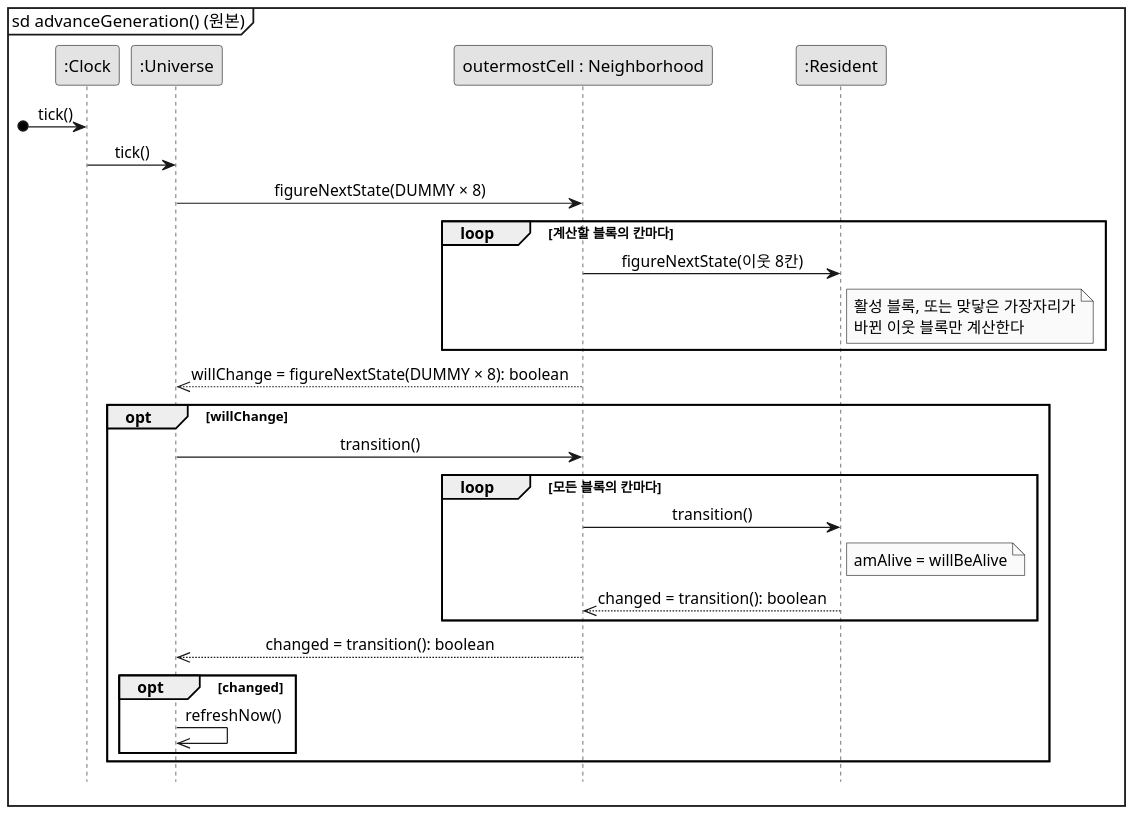
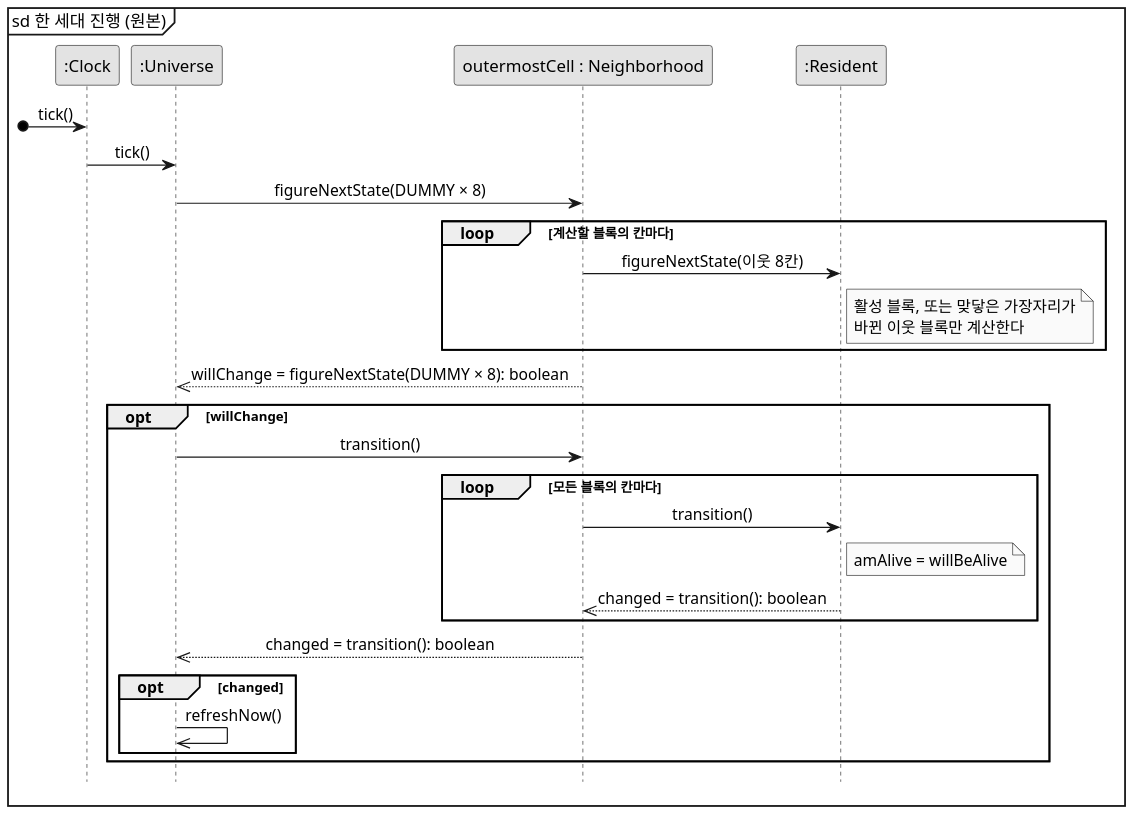
The diagram in docs/color-gen/diagrams/sd-tick-before.puml (mckimR1972/DP_team_project), drawn with PlantUML before and after one commit. The commit also changed 8 other files, not shown here.

Commit message:
docs: 시스템 연산을 stepOneGeneration()으로 바꾸고 Step One Generation SSD를 더하며 연산 계약 CO3와 한 세대 진행 시퀀스 다이어그램, 1.2·3.2·3.3.1절 설명을 코드에 맞춤

```diff
--- a/docs/color-gen/diagrams/sd-tick-before.puml
+++ b/docs/color-gen/diagrams/sd-tick-before.puml
@@ -1,36 +1,36 @@
 @startuml sd-tick-before
 skinparam monochrome true
 skinparam dpi 150
 skinparam shadowing false
 skinparam defaultFontName "Malgun Gothic"
 skinparam sequenceMessageAlign center
 hide footbox
-mainframe sd advanceGeneration() (원본)
+mainframe sd 한 세대 진행 (원본)
 
 participant ":Clock" as C
 participant ":Universe" as U
 participant "outermostCell : Neighborhood" as N
 participant ":Resident" as R
 
 [o-> C : tick()
 C -> U : tick()
 U -> N : figureNextState(DUMMY × 8)
 loop 계산할 블록의 칸마다
   N -> R : figureNextState(이웃 8칸)
   note right of R : 활성 블록, 또는 맞닿은 가장자리가\n바뀐 이웃 블록만 계산한다
 end
 N -->> U : willChange = figureNextState(DUMMY × 8): boolean
 
 opt willChange
   U -> N : transition()
   loop 모든 블록의 칸마다
     N -> R : transition()
     note right of R : amAlive = willBeAlive
     R -->> N : changed = transition(): boolean
   end
   N -->> U : changed = transition(): boolean
   opt changed
     U ->> U : refreshNow()
   end
 end
 @enduml
```
